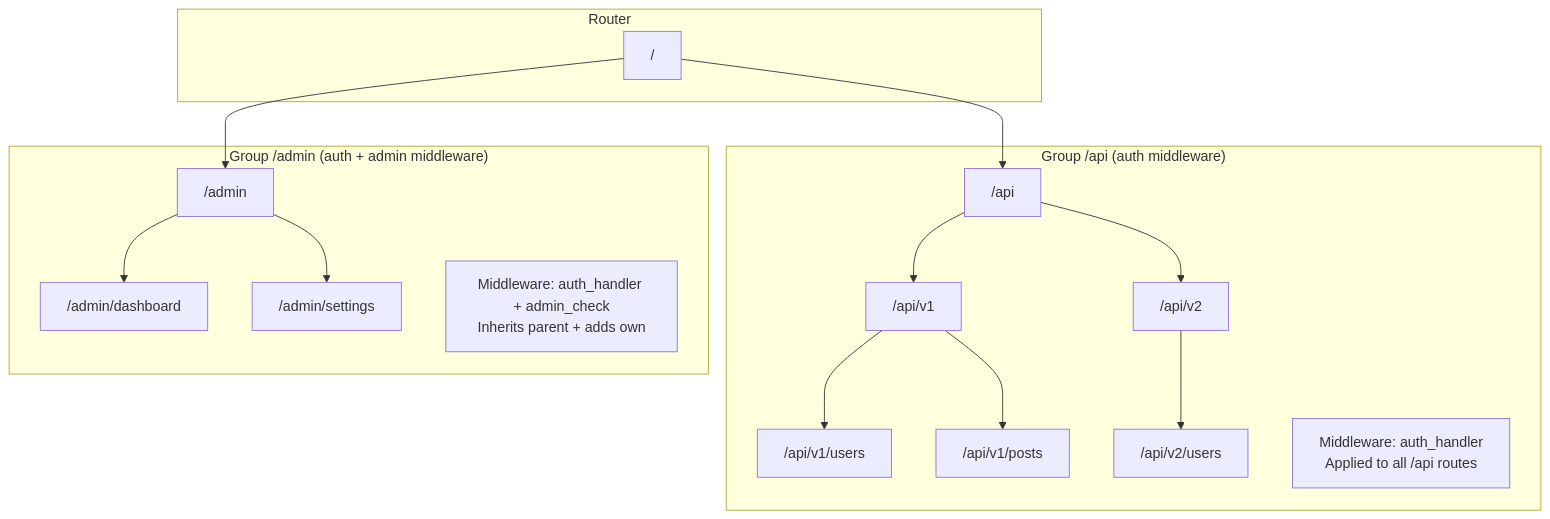
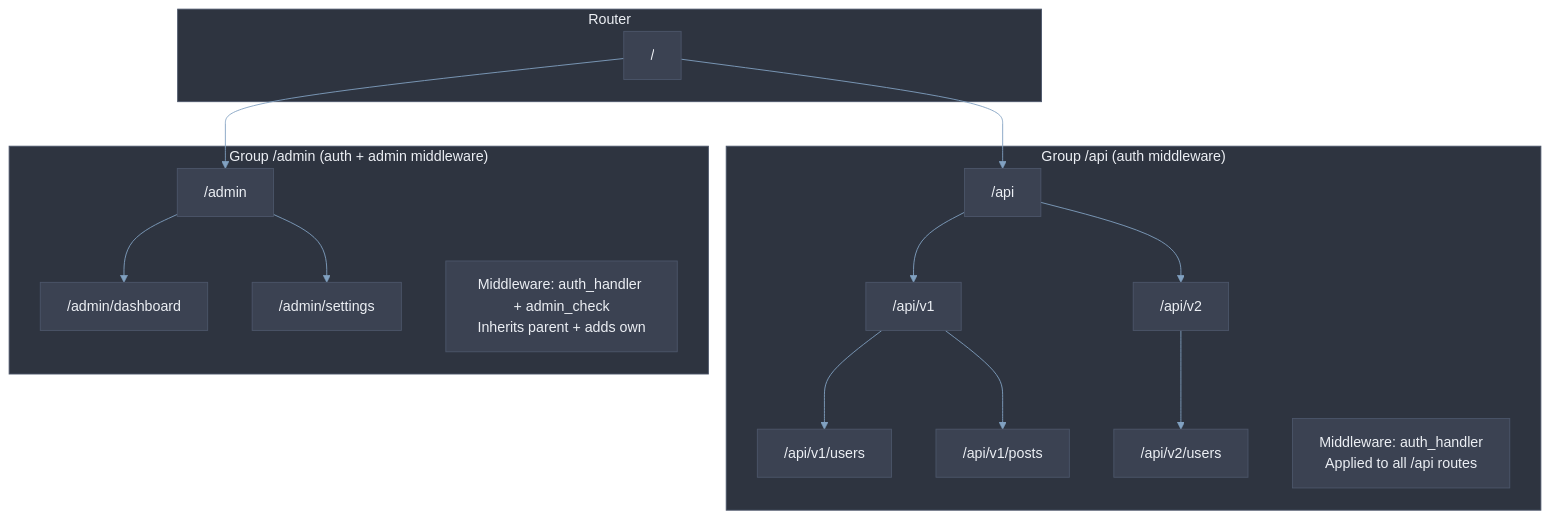
One commit to quintin-lee/csilk changed the first of 8 diagrams in docs/user-manual/advanced-usage.md. Above: the diagram before and after it, drawn with Mermaid. The commit also changed other lines of this file and 30 other files, not shown here.

Commit message:
docs(docs): 📝 apply Nord Mermaid theme, RFC 2119 keywords, and quantified metrics to all docs

````diff
--- a/docs/user-manual/advanced-usage.md
+++ b/docs/user-manual/advanced-usage.md
@@ -7,28 +9,29 @@
 ```mermaid
+%%{init: {'theme': 'base', 'themeVariables': {'background': '#2E3440','primaryColor':'#81A1C1','primaryBorderColor':'#4C566A','primaryTextColor':'#ECEFF4','secondaryColor':'#3B4252','secondaryBorderColor':'#434C5E','secondaryTextColor':'#D8DEE9','lineColor':'#81A1C1','textColor':'#ECEFF4','mainBkg':'#3B4252','nodeBorder':'#4C566A','clusterBkg':'#2E3440','clusterBorder':'#4C566A','titleColor':'#ECEFF4','edgeLabelBackground':'#3B4252','nodeTextColor':'#ECEFF4'}, 'flowchart': {'htmlLabels': true, 'curve': 'basis'}}}%%
 graph TB
-    subgraph "Router"
+    subgraph Router
         ROOT["/ "]
     end
 
-    subgraph "Group /api (auth middleware)"
+    subgraph api_group["Group /api (auth middleware)"]
         API["/api"]
         API --> V1["/api/v1"]
         API --> V2["/api/v2"]
         V1 --> V1U["/api/v1/users"]
         V1 --> V1P["/api/v1/posts"]
         V2 --> V2U["/api/v2/users"]
 
         Note1["Middleware: auth_handler\nApplied to all /api routes"]
     end
 
-    subgraph "Group /admin (auth + admin middleware)"
+    subgraph admin_group["Group /admin (auth + admin middleware)"]
         ADMIN["/admin"]
         ADMIN --> DASH["/admin/dashboard"]
         ADMIN --> SETTINGS["/admin/settings"]
 
         Note2["Middleware: auth_handler + admin_check\nInherits parent + adds own"]
     end
 
     ROOT --> API
     ROOT --> ADMIN
 ```
````
